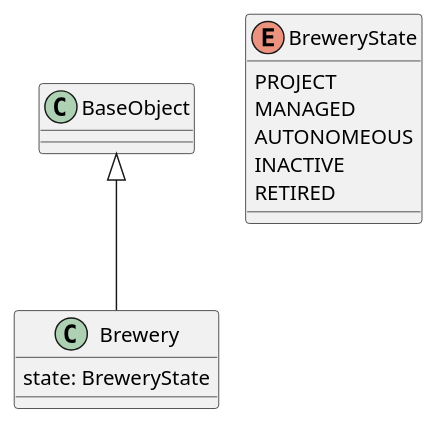
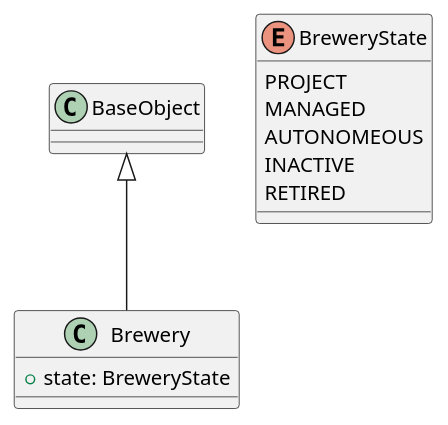
The diagram in src/class/include/brewery.iuml (beerfactory/brewbox-uml), drawn with PlantUML before and after one commit. The commit also changed 7 other files, not shown here.

```diff
--- a/src/class/include/brewery.iuml
+++ b/src/class/include/brewery.iuml
@@ -1,13 +1,13 @@
 class Brewery {
-	state: BreweryState
+	+ state: BreweryState
 }
 
 enum BreweryState {
     PROJECT
     MANAGED
     AUTONOMEOUS
     INACTIVE
     RETIRED
 }
 
 BaseObject <|-- Brewery
```
